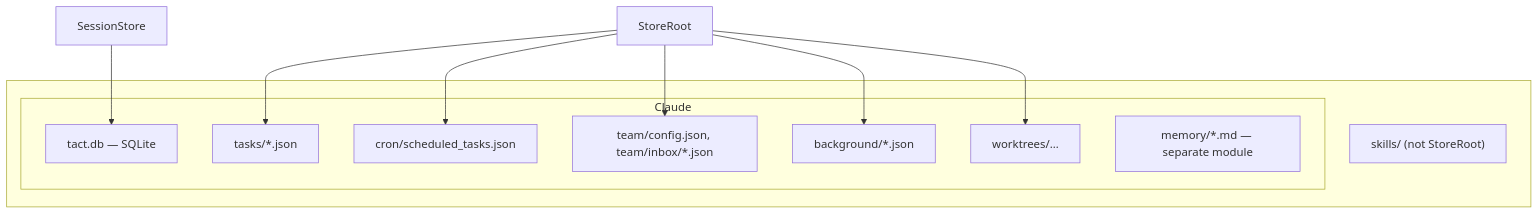
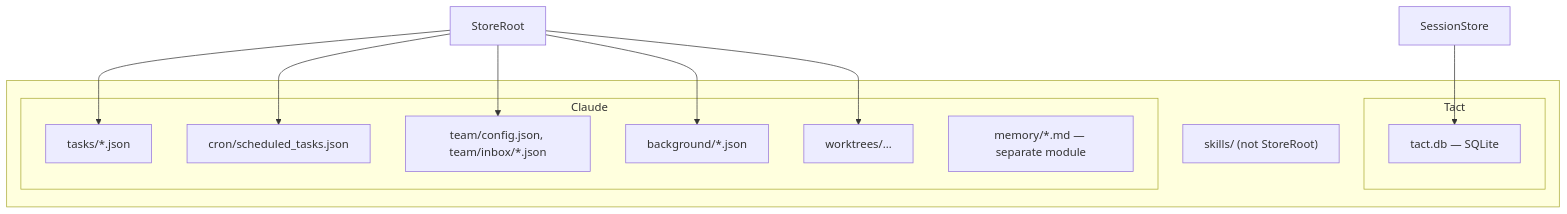
The first of 2 diagrams in book/01_chapter_store.md (rust-infra/tact), drawn with Mermaid before and after one commit. The commit also changed other lines of this file and 13 other files, not shown here.

First line of the commit message:
feat: add session process lock and move SQLite store to .tact

````diff
--- a/book/01_chapter_store.md
+++ b/book/01_chapter_store.md
@@ -18,25 +18,29 @@
 ```mermaid
 graph TB
     subgraph Workdir["<workdir>"]
+        Tact[".tact/"]
         Claude[".claude/"]
         Skills["skills/ (not StoreRoot)"]
     end
 
+    subgraph Tact
+        DB["tact.db — SQLite"]
+    end
+
     subgraph Claude
-        DB["tact.db — SQLite"]
         Tasks["tasks/*.json"]
         Cron["cron/scheduled_tasks.json"]
         Team["team/config.json, team/inbox/*.json"]
         BG["background/*.json"]
         WT["worktrees/…"]
         Mem["memory/*.md — separate module"]
     end
 
     SR[StoreRoot] --> Tasks
     SR --> Cron
     SR --> Team
     SR --> BG
     SR --> WT
 
     SS[SessionStore] --> DB
 ```
````
